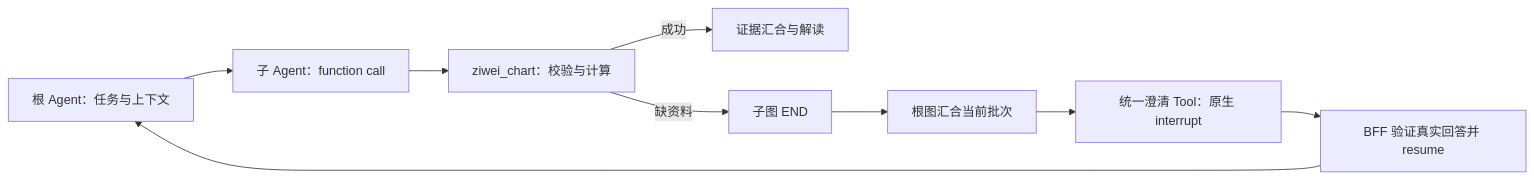
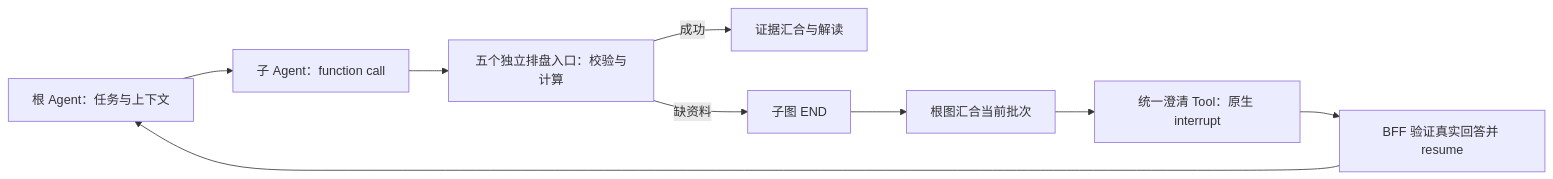
One commit to westbrook0904/FinanceClaw changed the diagram in docs/operations/ziwei-agent.md. Above: the diagram before and after it, drawn with Mermaid. The commit also changed other lines of this file and 40 other files, not shown here.

First line of the commit message:
fix: stabilize ziwei tools and Feishu clarification flows

````diff
--- a/docs/operations/ziwei-agent.md
+++ b/docs/operations/ziwei-agent.md
@@ -81,11 +99,11 @@
 ```mermaid
 flowchart LR
     R[根 Agent：任务与上下文] --> W[子 Agent：function call]
-    W --> T[ziwei_chart：校验与计算]
+    W --> T[五个独立排盘入口：校验与计算]
     T -->|成功| F[证据汇合与解读]
     T -->|缺资料| E[子图 END]
     E --> Q[根图汇合当前批次]
     Q --> I[统一澄清 Tool：原生 interrupt]
     I --> A[BFF 验证真实回答并 resume]
     A --> R
 ```
````
